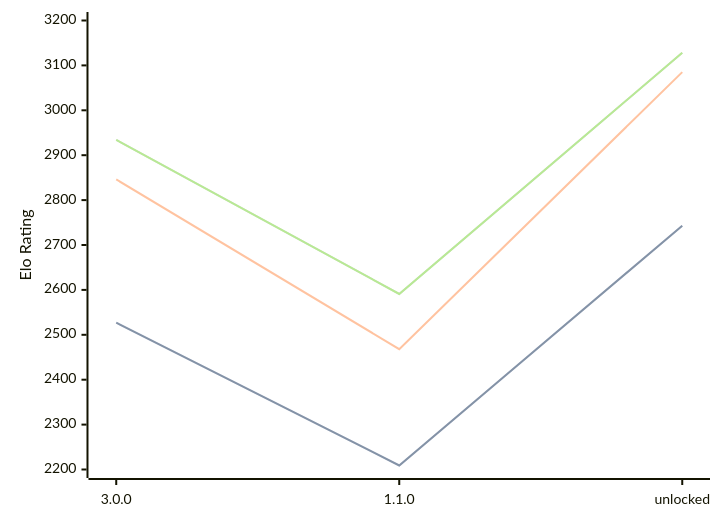
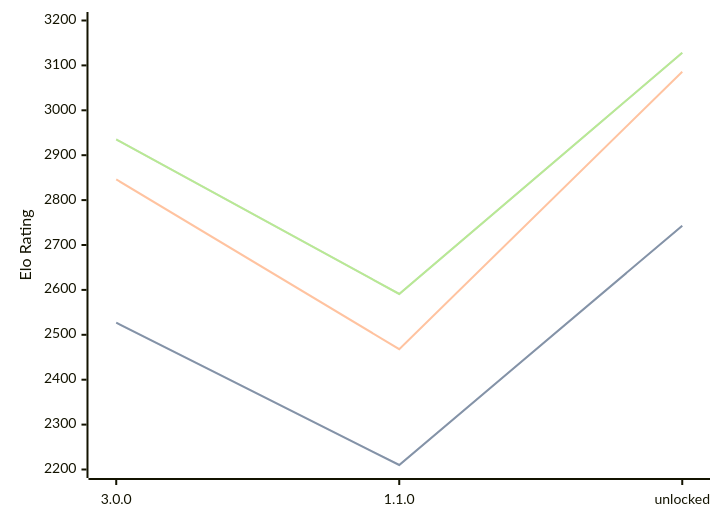
Before and after one commit to computer-chess-index/cci: the diagram in engines/Potential.md, drawn with Mermaid. The commit also changed other lines of this file, not shown here.

Commit message:
Update CCI Ratings (ELO VLTC) - 2026-08-05

````diff
--- a/engines/Potential.md
+++ b/engines/Potential.md
@@ -35,11 +35,11 @@
 ```mermaid
 %%{init: {"theme":"base","themeVariables":{"seriesColors:['#a3a3a3','#222221','#faa371']}}}%%
 xychart-beta
   x-axis ["3.0.0", "1.1.0", "unlocked"]
   y-axis "Elo Rating" 2200 --> 3200
-  line "STC (8.0+0.08s)" [2527, 2209, 2743]
-  line "STC (8.0+0.08s)" [2527, 2209, 2743]
-  line "LTC (60.0+0.60s)" [2846, 2468, 3085]
-  line "VLTC (2m24s+1.12s)" [2934, 2591, 3128]
-  line "VLTC (2m24s+1.12s)" [2934, 2591, 3128]
+  line "STC (8.0+0.08s)" [2527, 2210, 2743]
+  line "STC (8.0+0.08s)" [2527, 2210, 2743]
+  line "LTC (60.0+0.60s)" [2846, 2468, 3086]
+  line "VLTC (2m24s+1.12s)" [2935, 2591, 3128]
+  line "VLTC (2m24s+1.12s)" [2935, 2591, 3128]
 ```
````
